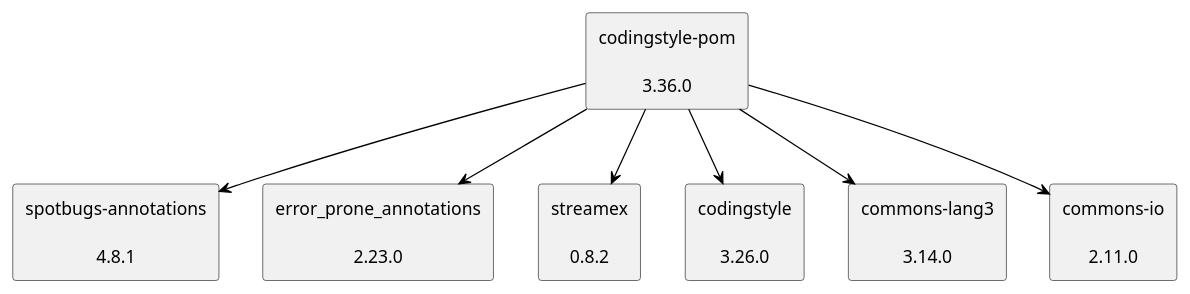
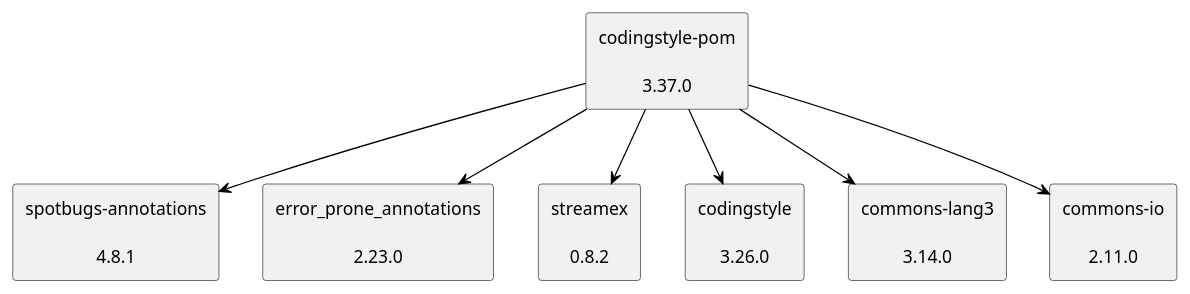
One commit to uhafner/codingstyle-pom changed the diagram in doc/dependency-graph.puml. Above: the diagram before and after it, drawn with PlantUML.

Commit message:
Bump version of codingstyle pom to 3.37.0.

```diff
--- a/doc/dependency-graph.puml
+++ b/doc/dependency-graph.puml
@@ -1,22 +1,22 @@
 @startuml
 skinparam defaultTextAlignment center
 skinparam rectangle {
   BackgroundColor<<optional>> beige
   BackgroundColor<<test>> lightGreen
   BackgroundColor<<runtime>> lightBlue
   BackgroundColor<<provided>> lightGray
 }
-rectangle "codingstyle-pom\n\n3.36.0" as edu_hm_hafner_codingstyle_pom_pom
+rectangle "codingstyle-pom\n\n3.37.0" as edu_hm_hafner_codingstyle_pom_pom
 rectangle "spotbugs-annotations\n\n4.8.1" as com_github_spotbugs_spotbugs_annotations_jar
 rectangle "error_prone_annotations\n\n2.23.0" as com_google_errorprone_error_prone_annotations_jar
 rectangle "streamex\n\n0.8.2" as one_util_streamex_jar
 rectangle "codingstyle\n\n3.26.0" as edu_hm_hafner_codingstyle_jar
 rectangle "commons-lang3\n\n3.14.0" as org_apache_commons_commons_lang3_jar
 rectangle "commons-io\n\n2.11.0" as commons_io_commons_io_jar
 edu_hm_hafner_codingstyle_pom_pom -[#000000]-> com_github_spotbugs_spotbugs_annotations_jar
 edu_hm_hafner_codingstyle_pom_pom -[#000000]-> com_google_errorprone_error_prone_annotations_jar
 edu_hm_hafner_codingstyle_pom_pom -[#000000]-> one_util_streamex_jar
 edu_hm_hafner_codingstyle_pom_pom -[#000000]-> edu_hm_hafner_codingstyle_jar
 edu_hm_hafner_codingstyle_pom_pom -[#000000]-> org_apache_commons_commons_lang3_jar
 edu_hm_hafner_codingstyle_pom_pom -[#000000]-> commons_io_commons_io_jar
 @enduml
```
